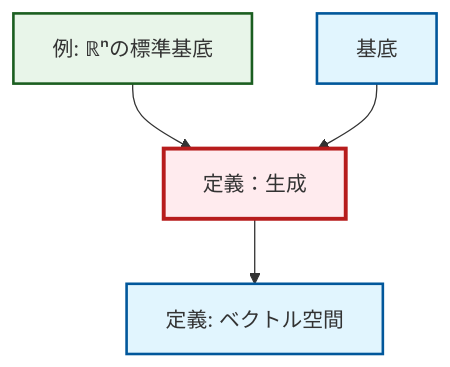
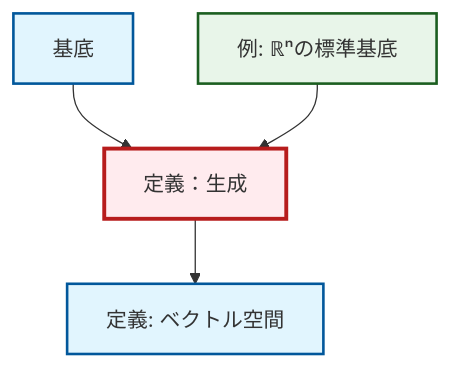
One commit to RK0429/ModernMath changed the diagram in content/ja/algebra/def-span.qmd. Above: the diagram before and after it, drawn with Mermaid. The commit also changed other lines of this file and 328 other files, not shown here.

````diff
--- a/content/ja/algebra/def-span.qmd
+++ b/content/ja/algebra/def-span.qmd
@@ -48,20 +48,20 @@
 ```{mermaid}
 %%| fig-cap: "ローカル依存関係グラフ"
 graph TD
     classDef definition fill:#e1f5fe,stroke:#01579b,stroke-width:2px
     classDef theorem fill:#f3e5f5,stroke:#4a148c,stroke-width:2px
     classDef axiom fill:#fff3e0,stroke:#e65100,stroke-width:2px
     classDef example fill:#e8f5e9,stroke:#1b5e20,stroke-width:2px
     classDef current fill:#ffebee,stroke:#b71c1c,stroke-width:3px
+    def-span["定義：生成"]:::definition
     ex-standard-basis-rn["例: ℝⁿの標準基底"]:::example
-    def-span["定義：生成"]:::definition
+    def-basis["基底"]:::definition
     def-vector-space["定義: ベクトル空間"]:::definition
-    def-basis["基底"]:::definition
+    def-basis --> def-span
+    ex-standard-basis-rn --> def-span
     def-span --> def-vector-space
-    ex-standard-basis-rn --> def-span
-    def-basis --> def-span
     class def-span current
     click ex-standard-basis-rn "ex-standard-basis-rn.html" "ℝⁿの標準基底の例へ"
+    click def-basis "def-basis.html" "基底へ"
     click def-vector-space "def-vector-space.html" "ベクトル空間の定義へ"
-    click def-basis "def-basis.html" "基底へ"
 ```
````
